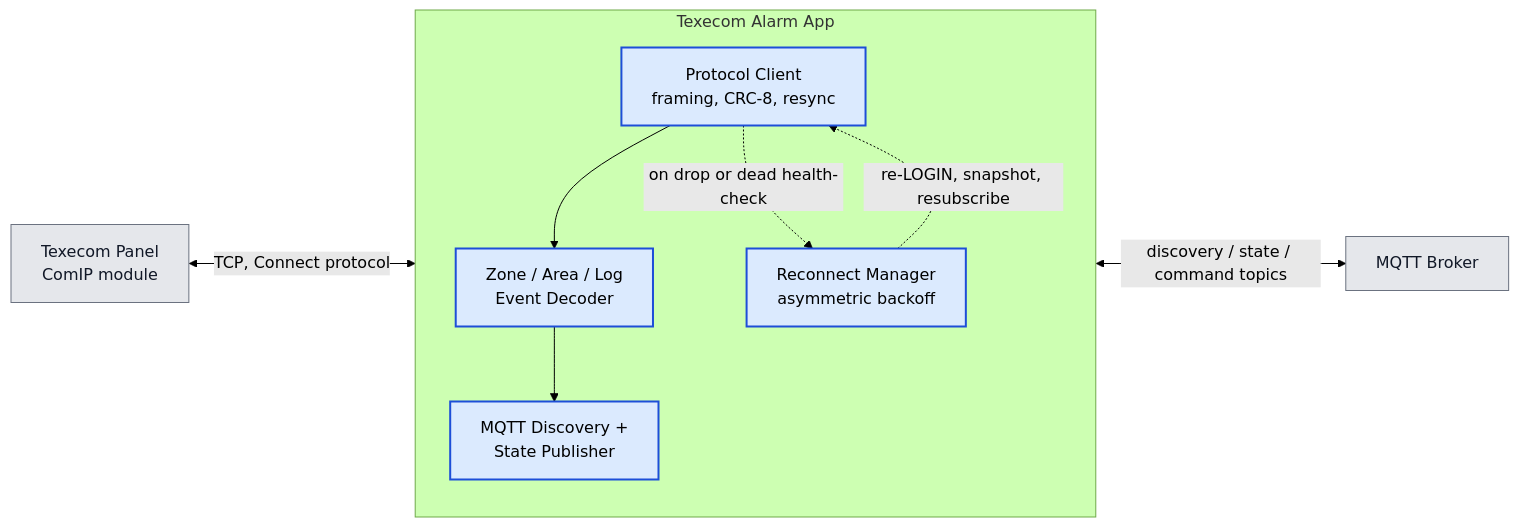
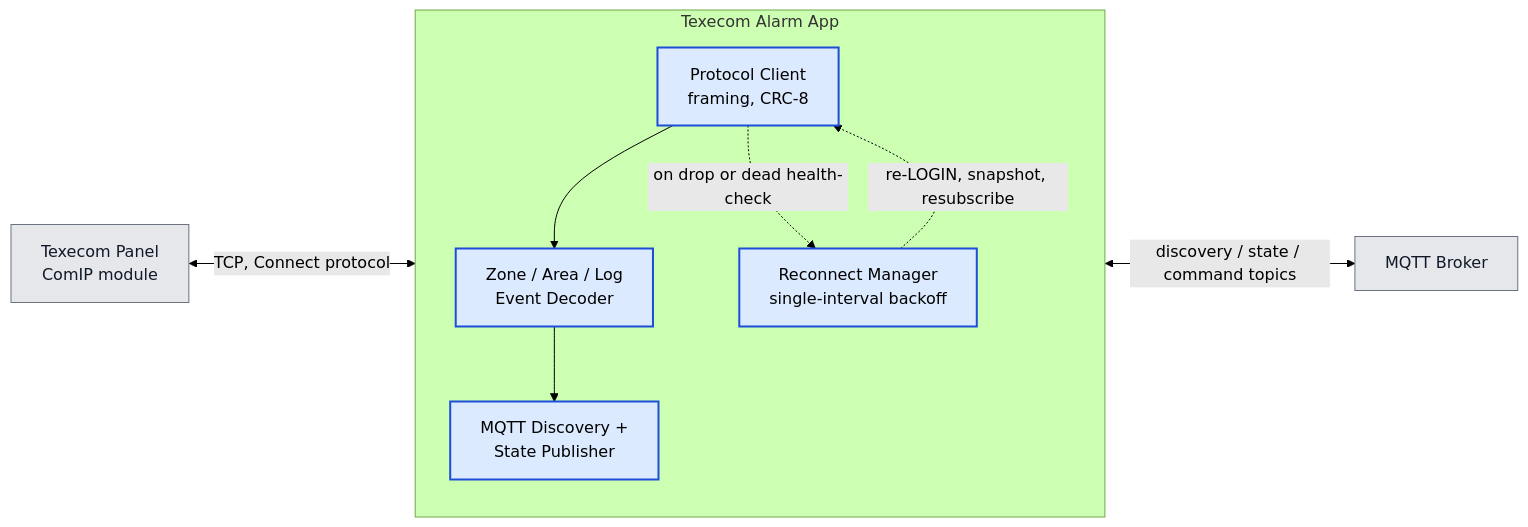
The second of 7 diagrams in docs/architecture.md (michaelmarconi/texecom_alarm), drawn with Mermaid (forest theme) before and after one commit. The commit also changed other lines of this file and 9 other files, not shown here.

````diff
--- a/docs/architecture.md
+++ b/docs/architecture.md
@@ -178,22 +184,22 @@
 ```mermaid
 flowchart LR
     subgraph App["Texecom Alarm App"]
         direction TB
-        Client["Protocol Client<br/>framing, CRC-8, resync"]:::owned
+        Client["Protocol Client<br/>framing, CRC-8"]:::owned
         Decoder["Zone / Area / Log<br/>Event Decoder"]:::owned
-        Reconnect["Reconnect Manager<br/>asymmetric backoff"]:::owned
+        Reconnect["Reconnect Manager<br/>single-interval backoff"]:::owned
         Publisher["MQTT Discovery +<br/>State Publisher"]:::owned
     end
     Panel["Texecom Panel<br/>ComIP module"]:::external
     Broker[MQTT Broker]:::external
 
     Panel <-->|TCP, Connect protocol| Client
     Client --> Decoder
     Decoder --> Publisher
     Client -.->|on drop or dead health-check| Reconnect
     Reconnect -.->|re-LOGIN, snapshot, resubscribe| Client
     Publisher <-->|discovery / state / command topics| Broker
 
     classDef owned fill:#dbeafe,stroke:#1d4ed8,stroke-width:2px
     classDef external fill:#e5e7eb,stroke:#6b7280,color:#111827
 ```
````
